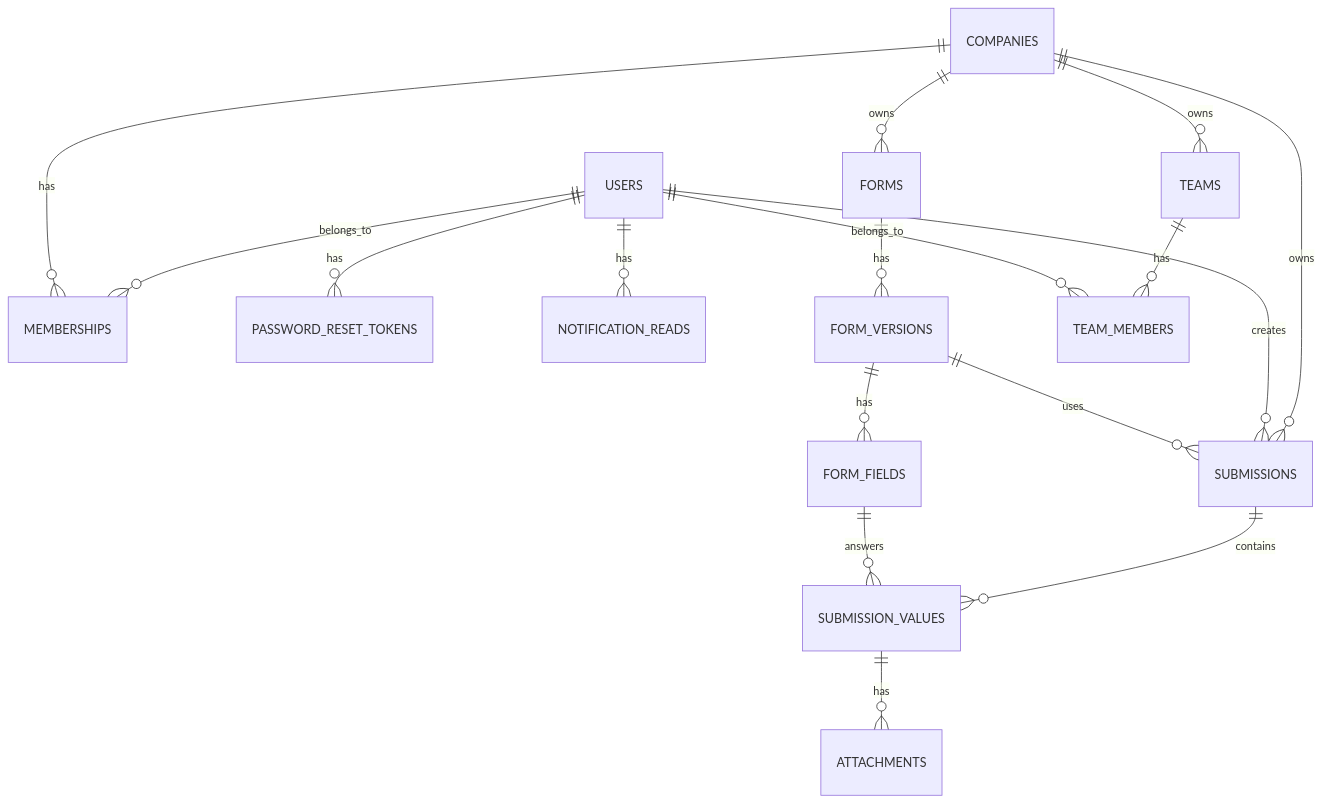
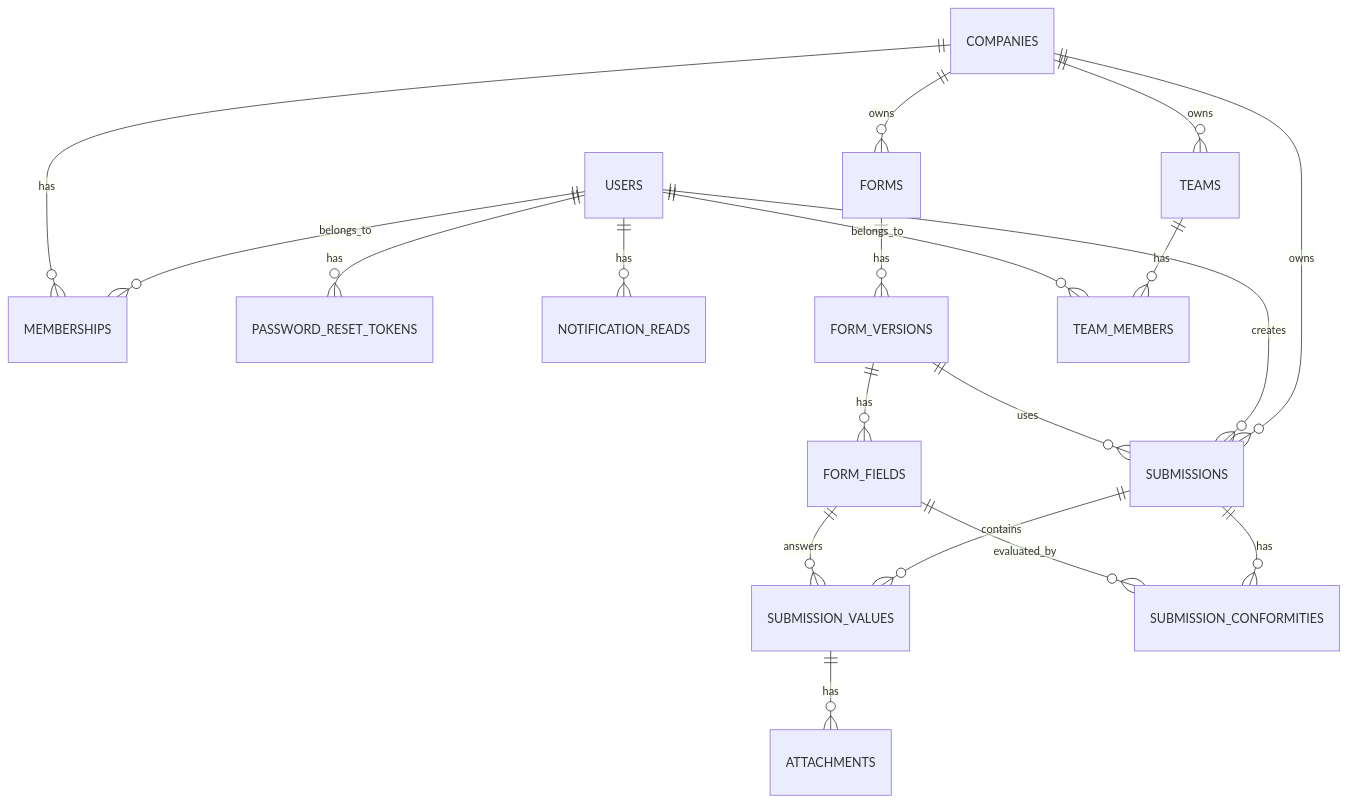
One commit to max-ramos-rod/smart-audit changed the diagram in docs/DER_Smart_Audit.md. Above: the diagram before and after it, drawn with Mermaid. The commit also changed other lines of this file and 6 other files, not shown here.

````diff
--- a/docs/DER_Smart_Audit.md
+++ b/docs/DER_Smart_Audit.md
@@ -112,19 +116,21 @@
 ```mermaid
 erDiagram
     USERS ||--o{ MEMBERSHIPS : belongs_to
     COMPANIES ||--o{ MEMBERSHIPS : has
     USERS ||--o{ PASSWORD_RESET_TOKENS : has
     USERS ||--o{ NOTIFICATION_READS : has
     COMPANIES ||--o{ FORMS : owns
     FORMS ||--o{ FORM_VERSIONS : has
     FORM_VERSIONS ||--o{ FORM_FIELDS : has
     COMPANIES ||--o{ SUBMISSIONS : owns
     USERS ||--o{ SUBMISSIONS : creates
     FORM_VERSIONS ||--o{ SUBMISSIONS : uses
     SUBMISSIONS ||--o{ SUBMISSION_VALUES : contains
     FORM_FIELDS ||--o{ SUBMISSION_VALUES : answers
     SUBMISSION_VALUES ||--o{ ATTACHMENTS : has
+    SUBMISSIONS ||--o{ SUBMISSION_CONFORMITIES : has
+    FORM_FIELDS ||--o{ SUBMISSION_CONFORMITIES : evaluated_by
     COMPANIES ||--o{ TEAMS : owns
     TEAMS ||--o{ TEAM_MEMBERS : has
     USERS ||--o{ TEAM_MEMBERS : belongs_to
 ```
````
